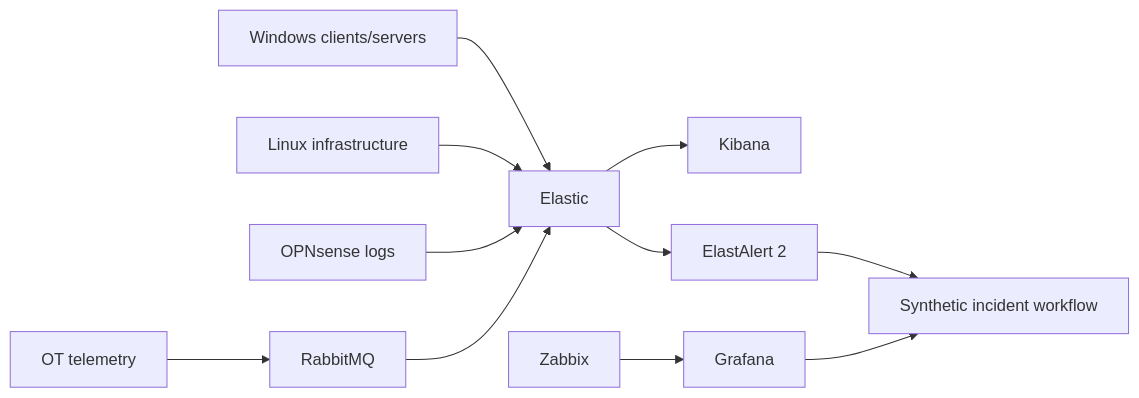
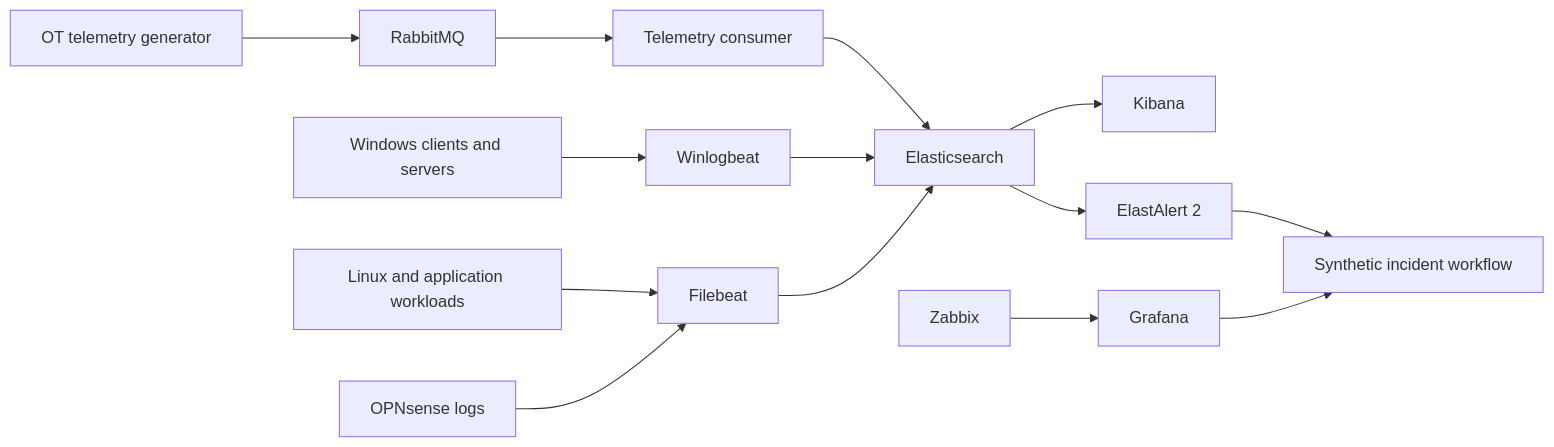
The diagram in labs/northstar-enterprise/monitoring/README.md (blairn64/Automation), drawn with Mermaid before and after one commit. The commit also changed other lines of this file, not shown here.

Commit message:
docs(northstar): expand monitoring telemetry architecture

````diff
--- a/labs/northstar-enterprise/monitoring/README.md
+++ b/labs/northstar-enterprise/monitoring/README.md
@@ -5,13 +5,16 @@
 ```mermaid
 flowchart LR
-    A[Windows clients/servers] --> E[Elastic]
-    B[Linux infrastructure] --> E
-    C[OPNsense logs] --> E
-    D[OT telemetry] --> R[RabbitMQ]
-    R --> E
-    E --> K[Kibana]
-    E --> EA[ElastAlert 2]
+    W[Windows clients and servers] --> WB[Winlogbeat]
+    L[Linux and application workloads] --> FB[Filebeat]
+    F[OPNsense logs] --> FB
+    O[OT telemetry generator] --> R[RabbitMQ]
+    R --> C[Telemetry consumer]
+    C --> ES[Elasticsearch]
+    WB --> ES
+    FB --> ES
+    ES --> K[Kibana]
+    ES --> EA[ElastAlert 2]
     EA --> I[Synthetic incident workflow]
     Z[Zabbix] --> G[Grafana]
     G --> I
 ```
````
